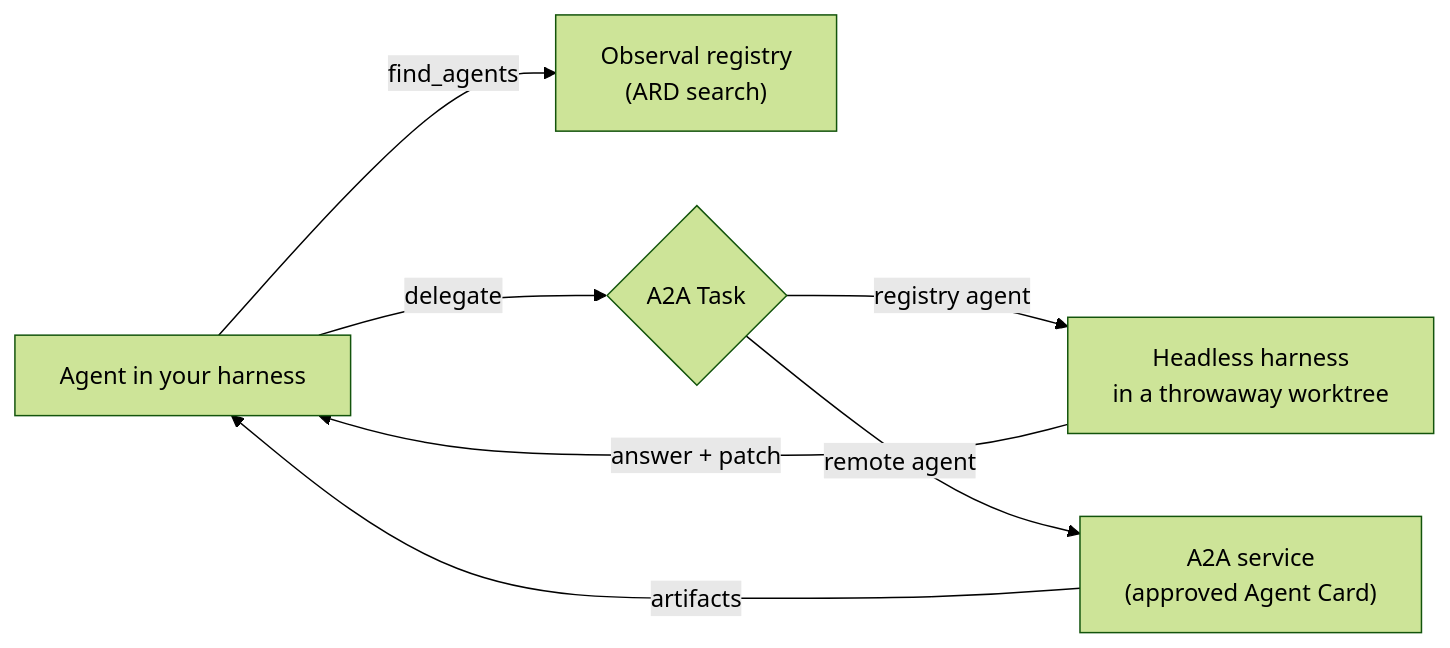
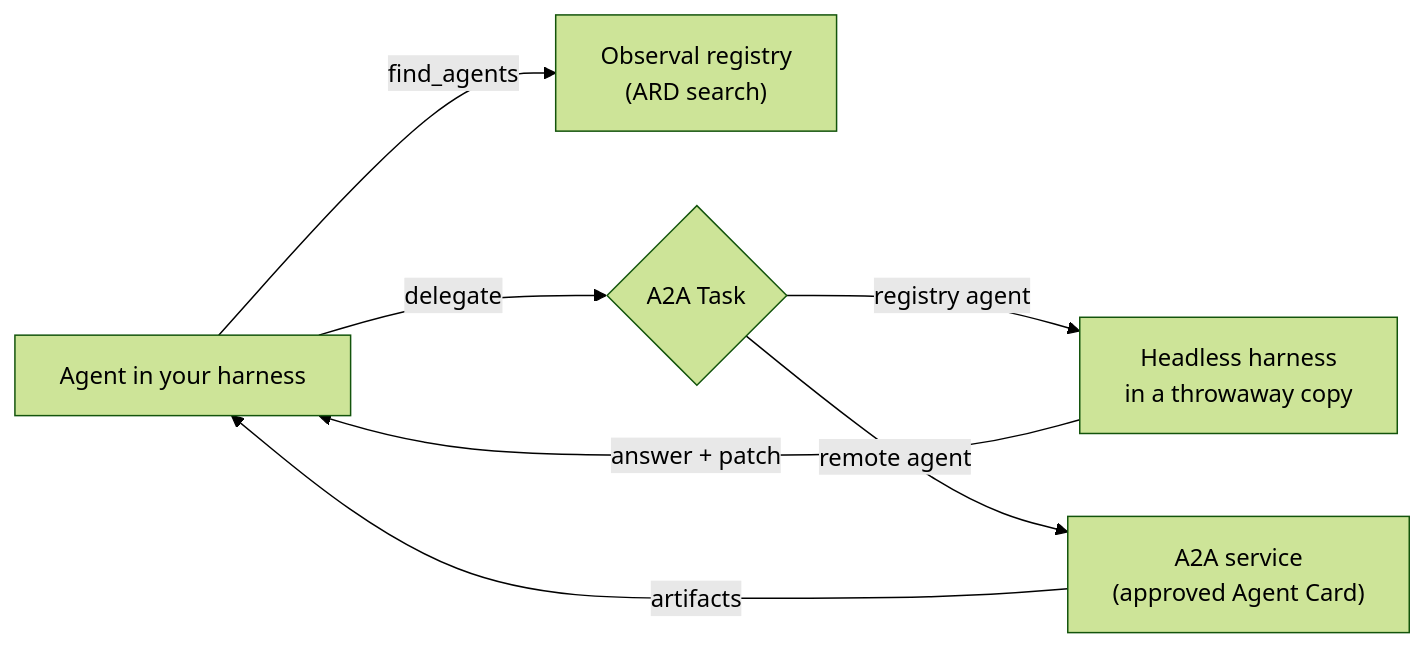
The diagram in README.md (Observal/Observal), drawn with Mermaid (forest theme) before and after one commit. The commit also changed other lines of this file and 18 other files, not shown here.

````diff
--- a/README.md
+++ b/README.md
@@ -215,9 +215,9 @@
 ```mermaid
 flowchart LR
     A["Agent in your harness"] -- "find_agents" --> R["Observal registry<br/>(ARD search)"]
     A -- "delegate" --> T{"A2A Task"}
-    T -- "registry agent" --> H["Headless harness<br/>in a throwaway worktree"]
+    T -- "registry agent" --> H["Headless harness<br/>in a throwaway copy"]
     T -- "remote agent" --> S["A2A service<br/>(approved Agent Card)"]
     H -- "answer + patch" --> A
     S -- "artifacts" --> A
 ```
````
